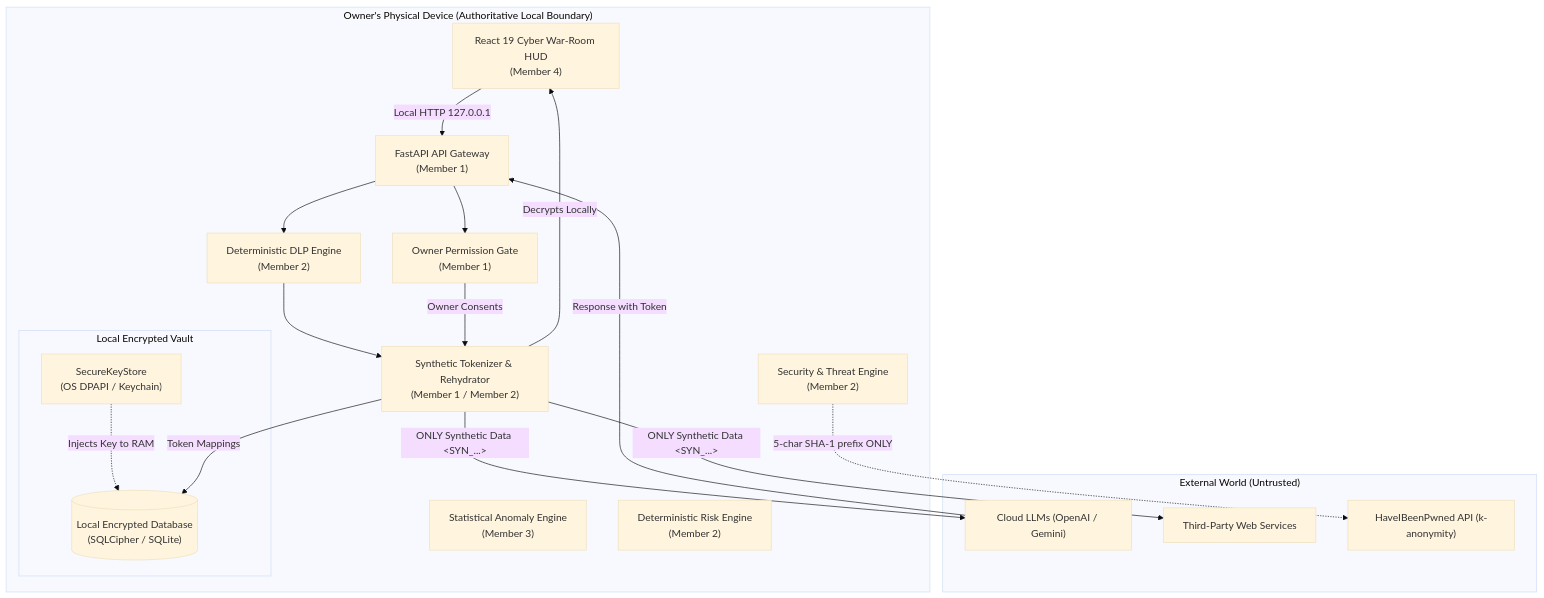
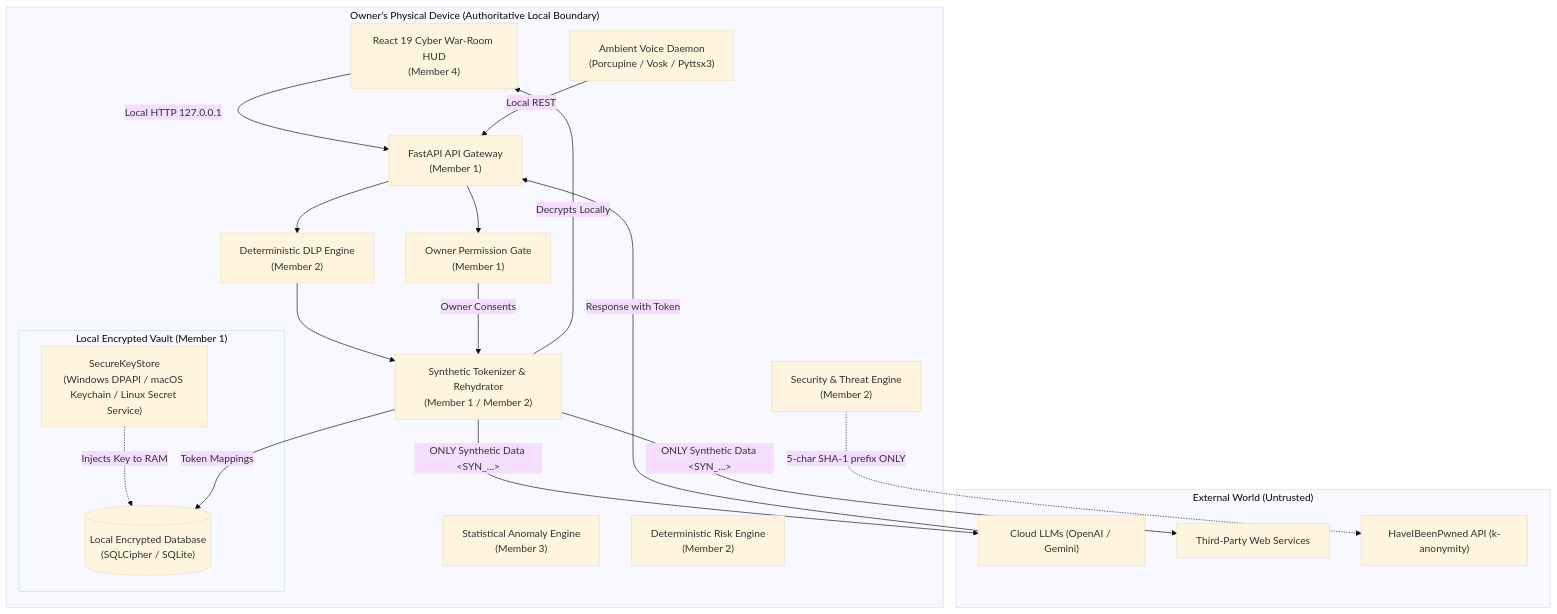
One commit to Shashank-1920/KPRIET-HackITon26 changed the first of 7 diagrams in docs/architecture/ARCHITECTURE.md. Above: the diagram before and after it, drawn with Mermaid (base theme). The commit also changed other lines of this file, not shown here.

Commit message:
docs: establish S.H.A.D.E. architecture baseline

````diff
--- a/docs/architecture/ARCHITECTURE.md
+++ b/docs/architecture/ARCHITECTURE.md
@@ -82,37 +40,39 @@
 ```mermaid
 flowchart TB
     subgraph OwnerDevice["Owner's Physical Device (Authoritative Local Boundary)"]
         UI["React 19 Cyber War-Room HUD<br/>(Member 4)"]
+        VoiceSubsystem["Ambient Voice Daemon<br/>(Porcupine / Vosk / Pyttsx3)"]
         FastAPI["FastAPI API Gateway<br/>(Member 1)"]
+        
+        subgraph LocalVault["Local Encrypted Vault (Member 1)"]
+            SQLCipher[("Local Encrypted Database<br/>(SQLCipher / SQLite)")]
+            KeyStore["SecureKeyStore<br/>(Windows DPAPI / macOS Keychain / Linux Secret Service)"]
+            KeyStore -.->|Injects Key to RAM| SQLCipher
+        end
+        
         DLP["Deterministic DLP Engine<br/>(Member 2)"]
         TokenEngine["Synthetic Tokenizer & Rehydrator<br/>(Member 1 / Member 2)"]
         PermGate["Owner Permission Gate<br/>(Member 1)"]
-        
-        subgraph LocalVault["Local Encrypted Vault"]
-            SQLCipher[("Local Encrypted Database<br/>(SQLCipher / SQLite)")]
-            KeyStore["SecureKeyStore<br/>(OS DPAPI / Keychain)"]
-            KeyStore -.->|Injects Key to RAM| SQLCipher
-        end
-        
         SecurityEngine["Security & Threat Engine<br/>(Member 2)"]
         AnomalyEngine["Statistical Anomaly Engine<br/>(Member 3)"]
         RiskEngine["Deterministic Risk Engine<br/>(Member 2)"]
     end
 
     subgraph ExternalWorld["External World (Untrusted)"]
         ExternalLLM["Cloud LLMs (OpenAI / Gemini)"]
         ExternalWeb["Third-Party Web Services"]
         HIBP["HaveIBeenPwned API (k-anonymity)"]
     end
 
     UI -->|Local HTTP 127.0.0.1| FastAPI
+    VoiceSubsystem -->|Local REST| FastAPI
     FastAPI --> DLP --> TokenEngine
     TokenEngine -->|Token Mappings| SQLCipher
     TokenEngine -->|ONLY Synthetic Data &lt;SYN_...&gt;| ExternalLLM
     TokenEngine -->|ONLY Synthetic Data &lt;SYN_...&gt;| ExternalWeb
     ExternalLLM -->|Response with Token| FastAPI
     FastAPI --> PermGate
     PermGate -->|Owner Consents| TokenEngine
     TokenEngine -->|Decrypts Locally| UI
     SecurityEngine -.->|5-char SHA-1 prefix ONLY| HIBP
 ```
````
